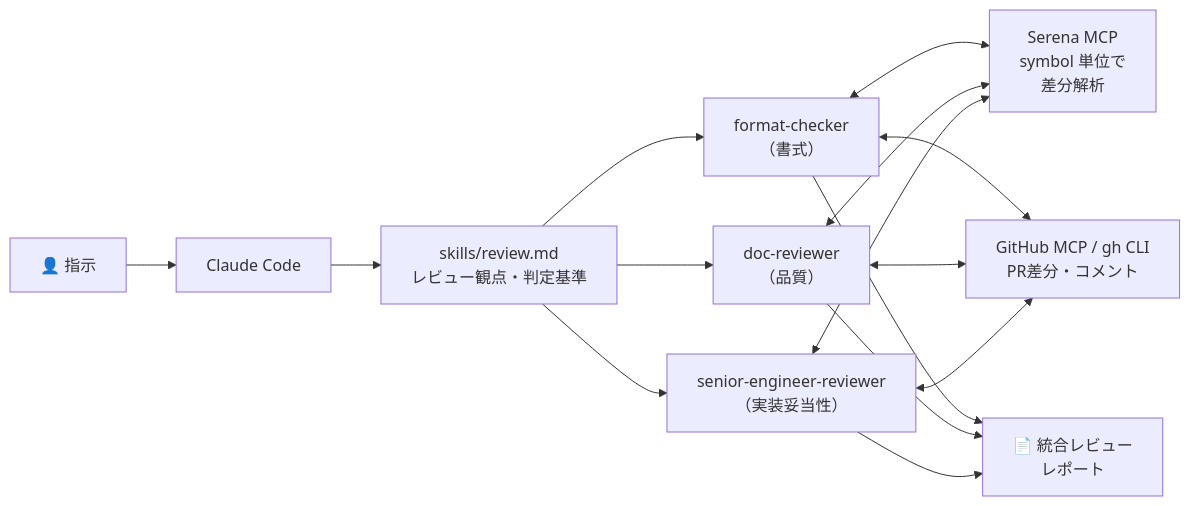
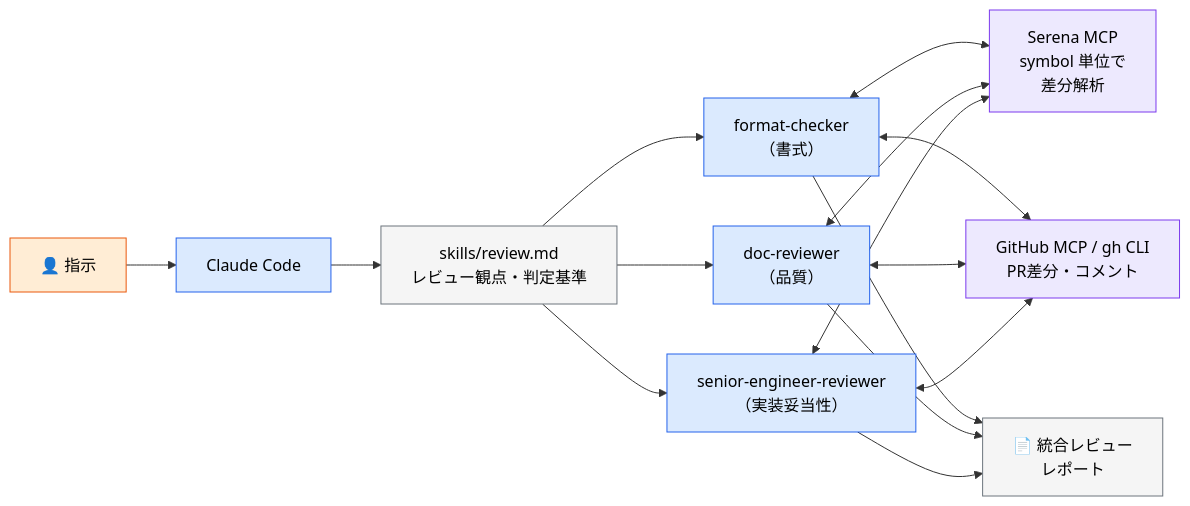
The sixth of 48 diagrams in AI駆動開発.md (takuma39/ai), drawn with Mermaid before and after one commit. The commit also changed other lines of this file, not shown here.

````diff
--- a/AI駆動開発.md
+++ b/AI駆動開発.md
@@ -195,11 +228,21 @@
 ```mermaid
 flowchart LR
     H["👤 指示"] --> CC["Claude Code"]
     CC --> SK["skills/review.md<br/>レビュー観点・判定基準"]
     SK --> FC["format-checker<br/>（書式）"]
     SK --> DR["doc-reviewer<br/>（品質）"]
     SK --> SE["senior-engineer-reviewer<br/>（実装妥当性）"]
     FC & DR & SE <--> SR["Serena MCP<br/>symbol 単位で<br/>差分解析"]
     FC & DR & SE <--> GH["GitHub MCP / gh CLI<br/>PR差分・コメント"]
     FC & DR & SE --> OUT["📄 統合レビュー<br/>レポート"]
+
+    style H fill:#ffedd5,stroke:#ea580c,color:#000
+    style CC fill:#dbeafe,stroke:#2563eb,color:#000
+    style SK fill:#f5f5f5,stroke:#6c757d,color:#000
+    style FC fill:#dbeafe,stroke:#2563eb,color:#000
+    style DR fill:#dbeafe,stroke:#2563eb,color:#000
+    style SE fill:#dbeafe,stroke:#2563eb,color:#000
+    style SR fill:#ede9fe,stroke:#7c3aed,color:#000
+    style GH fill:#ede9fe,stroke:#7c3aed,color:#000
+    style OUT fill:#f5f5f5,stroke:#6c757d,color:#000
 ```
````
